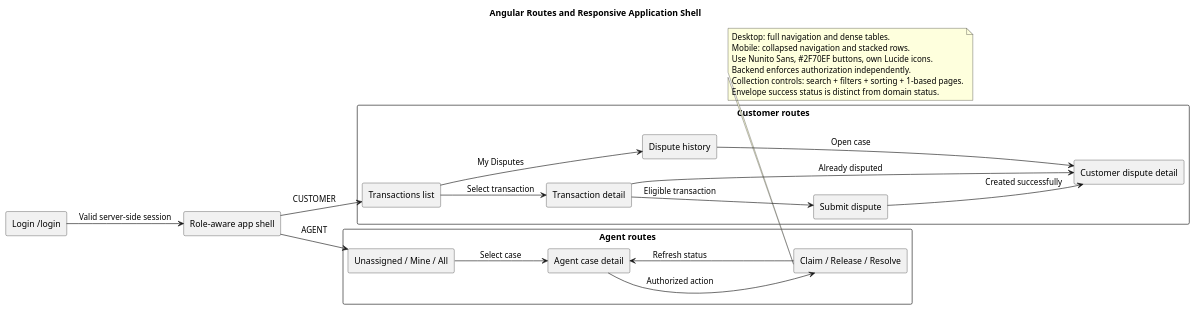
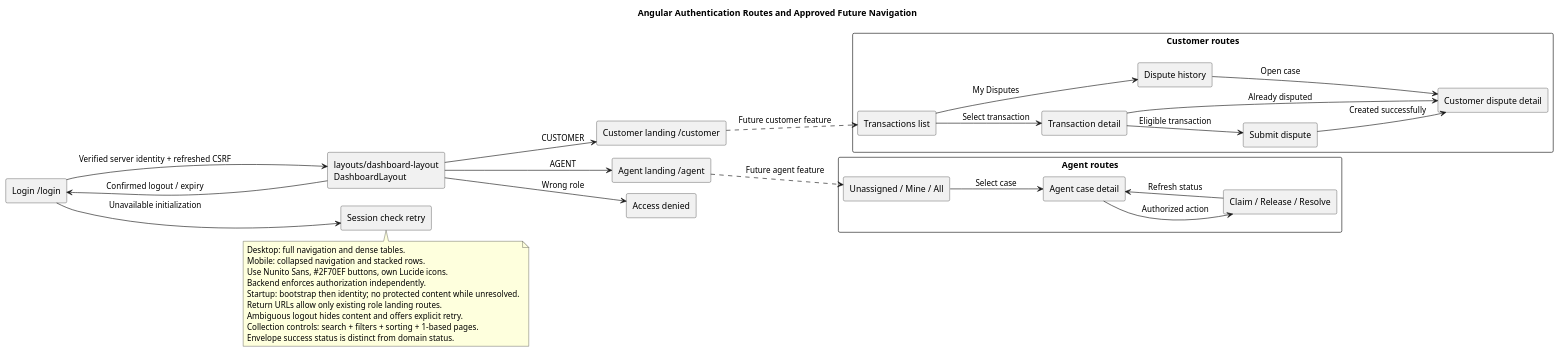
Before and after one commit to DonaldMbara/transaction-dispute-portal: the diagram in docs/design/plantuml/frontend-navigation.puml, drawn with PlantUML. The commit also changed 149 other files, not shown here.

Commit message:
feat(auth): add stateful session authentication and RBAC

```diff
--- a/docs/design/plantuml/frontend-navigation.puml
+++ b/docs/design/plantuml/frontend-navigation.puml
@@ -1,39 +1,51 @@
 @startuml
 !pragma layout smetana
-title Angular Routes and Responsive Application Shell
+title Angular Authentication Routes and Approved Future Navigation
 left to right direction
 rectangle "Login /login" as Login
-rectangle "Role-aware app shell" as Shell
+rectangle "layouts/dashboard-layout\nDashboardLayout" as Shell
 rectangle "Customer routes" {
   rectangle "Transactions list" as T
   rectangle "Transaction detail" as TD
   rectangle "Submit dispute" as F
   rectangle "Dispute history" as H
   rectangle "Customer dispute detail" as HD
 }
 rectangle "Agent routes" {
   rectangle "Unassigned / Mine / All" as Q
   rectangle "Agent case detail" as AD
   rectangle "Claim / Release / Resolve" as ACT
 }
-Login --> Shell : Valid server-side session
-Shell --> T : CUSTOMER
-Shell --> Q : AGENT
+rectangle "Customer landing /customer" as CL
+rectangle "Agent landing /agent" as AL
+rectangle "Access denied" as Denied
+rectangle "Session check retry" as Retry
+Login --> Shell : Verified server identity + refreshed CSRF
+Shell --> CL : CUSTOMER
+Shell --> AL : AGENT
+Shell --> Login : Confirmed logout / expiry
+Shell --> Denied : Wrong role
+Login --> Retry : Unavailable initialization
+CL ..> T : Future customer feature
+AL ..> Q : Future agent feature
 T --> TD : Select transaction
 TD --> F : Eligible transaction
 TD --> HD : Already disputed
 F --> HD : Created successfully
 T --> H : My Disputes
 H --> HD : Open case
 Q --> AD : Select case
 AD --> ACT : Authorized action
 ACT --> AD : Refresh status
 note bottom
 Desktop: full navigation and dense tables.
 Mobile: collapsed navigation and stacked rows.
 Use Nunito Sans, #2F70EF buttons, own Lucide icons.
 Backend enforces authorization independently.
+Startup: bootstrap then identity; no protected content while unresolved.
+Return URLs allow only existing role landing routes.
+Ambiguous logout hides content and offers explicit retry.
 Collection controls: search + filters + sorting + 1-based pages.
 Envelope success status is distinct from domain status.
 end note
 @enduml
```
